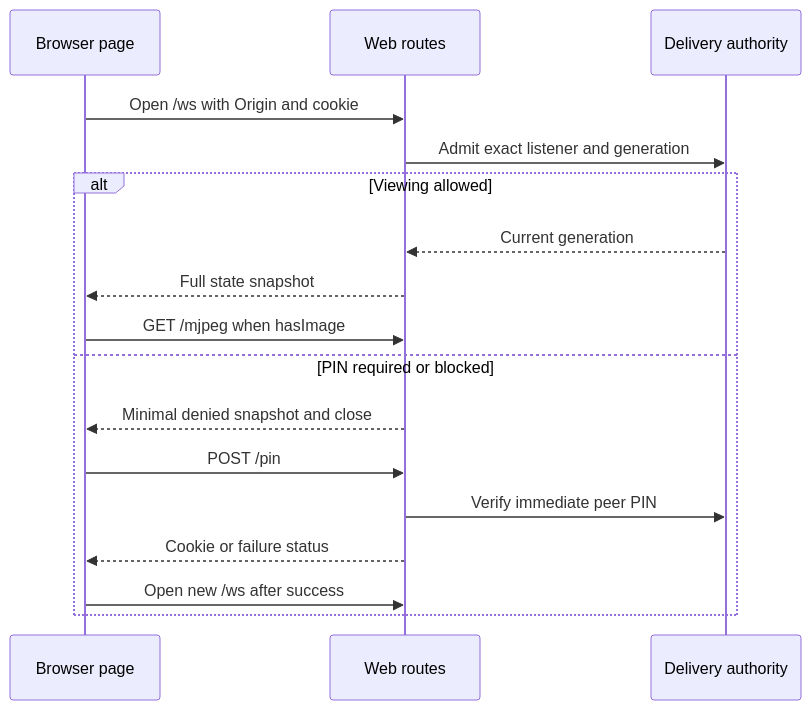
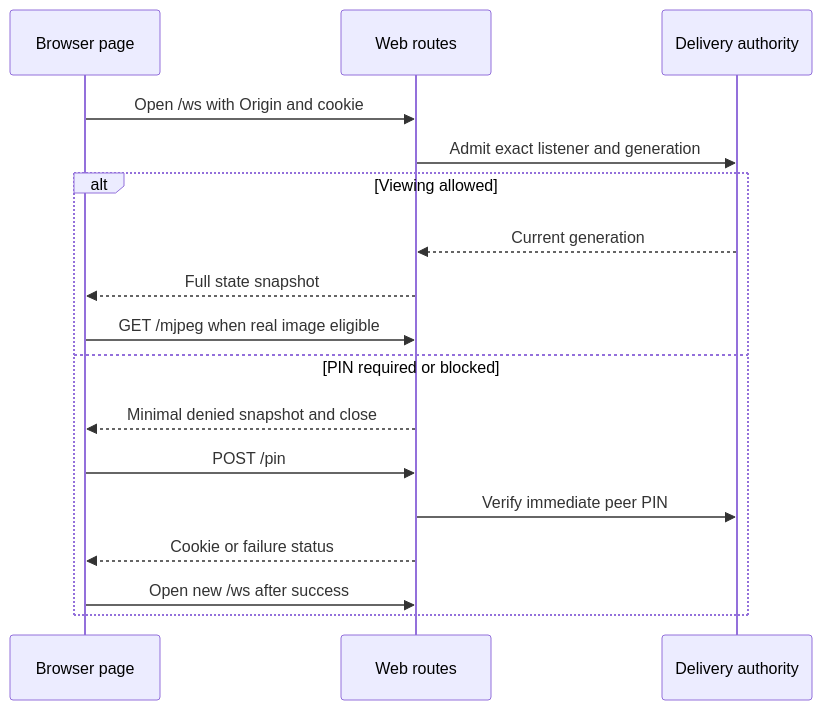
One commit to dkrivoruchko/ScreenStream changed the diagram in mjpeg2/internal/03-delivery/web-client.md. Above: the diagram before and after it, drawn with Mermaid. The commit also changed other lines of this file and 311 other files, not shown here.

````diff
--- a/mjpeg2/internal/03-delivery/web-client.md
+++ b/mjpeg2/internal/03-delivery/web-client.md
@@ -69,19 +42,19 @@
 ```mermaid
 sequenceDiagram
     participant B as Browser page
     participant R as Web routes
     participant D as Delivery authority
     B->>R: Open /ws with Origin and cookie
     R->>D: Admit exact listener and generation
     alt Viewing allowed
         D-->>R: Current generation
         R-->>B: Full state snapshot
-        B->>R: GET /mjpeg when hasImage
+        B->>R: GET /mjpeg when real image eligible
     else PIN required or blocked
         R-->>B: Minimal denied snapshot and close
         B->>R: POST /pin
         R->>D: Verify immediate peer PIN
         R-->>B: Cookie or failure status
         B->>R: Open new /ws after success
     end
 ```
````
